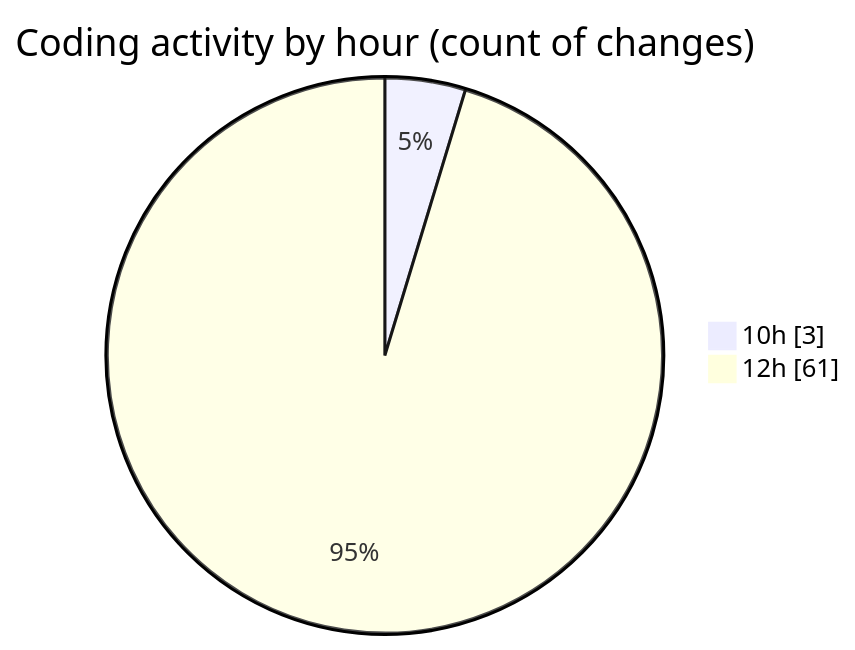
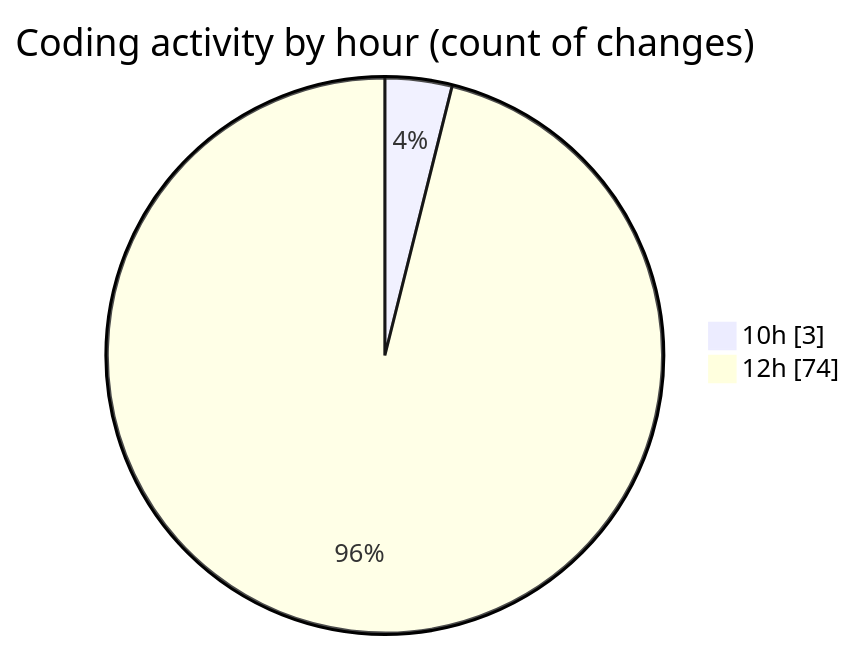
One commit to nxtqubesakshisongat/code-tracking changed the second of 2 diagrams in 2025-05-27/nxtqube_webapp/README.md. Above: the diagram before and after it, drawn with Mermaid. The commit also changed other lines of this file and 1 other file, not shown here.

````diff
--- a/2025-05-27/nxtqube_webapp/README.md
+++ b/2025-05-27/nxtqube_webapp/README.md
@@ -30,6 +30,6 @@
 ```mermaid
 pie showData
 title Coding activity by hour (count of changes)
 "10h" : 3
-"12h" : 61
+"12h" : 74
 ```
````
